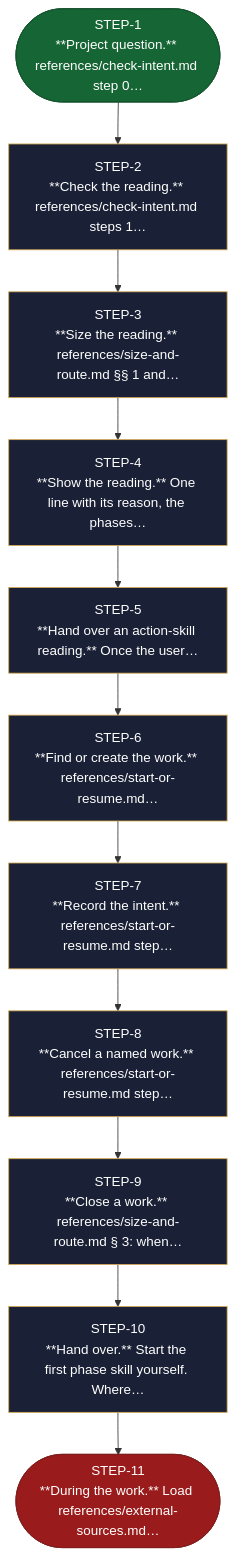
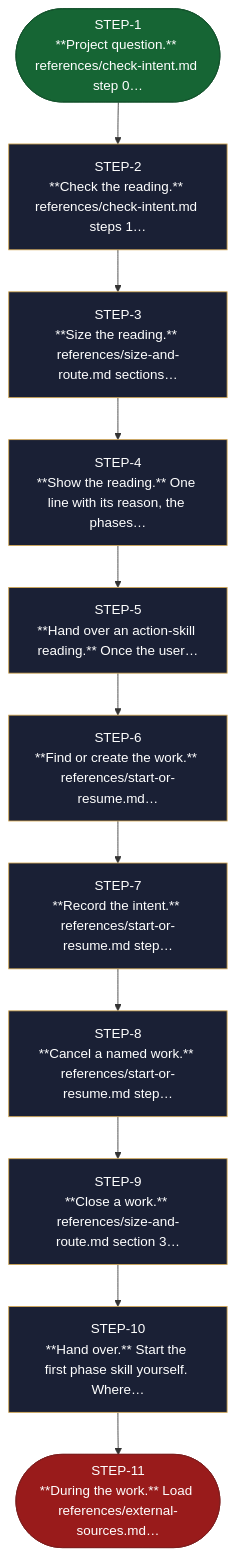
Before and after one commit to AndreVianna/aid-methodology: the diagram in site/src/content/docs/skills/aid-orchestrate.md, drawn with Mermaid. The commit also changed other lines of this file and 141 other files, not shown here.

````diff
--- a/site/src/content/docs/skills/aid-orchestrate.md
+++ b/site/src/content/docs/skills/aid-orchestrate.md
@@ -22,52 +22,52 @@
 ```mermaid
 flowchart TB
   classDef aidNode color:#fff
   classDef aidEntry fill:#166534,stroke:#14532d,color:#fff
   classDef aidExit fill:#991b1b,stroke:#7f1d1d,color:#fff
   classDef aidDecision fill:#92400e,stroke:#78350f,color:#fff
   classDef aidLoopBack fill:#1e3a8a,stroke:#1e3a8a,color:#fff
   classDef aidStep fill:#1a2035,stroke:#d4a853,color:#f1f5f9
   n1(["STEP-1<br/>**Project question.** references/check-intent.md step 0…"])
   n2["STEP-2<br/>**Check the reading.** references/check-intent.md steps 1…"]
-  n3["STEP-3<br/>**Size the reading.** references/size-and-route.md §§ 1 and…"]
+  n3["STEP-3<br/>**Size the reading.** references/size-and-route.md sections…"]
   n4["STEP-4<br/>**Show the reading.** One line with its reason, the phases…"]
   n5["STEP-5<br/>**Hand over an action-skill reading.** Once the user…"]
   n6["STEP-6<br/>**Find or create the work.** references/start-or-resume.md…"]
   n7["STEP-7<br/>**Record the intent.** references/start-or-resume.md step…"]
   n8["STEP-8<br/>**Cancel a named work.** references/start-or-resume.md step…"]
-  n9["STEP-9<br/>**Close a work.** references/size-and-route.md § 3: when…"]
+  n9["STEP-9<br/>**Close a work.** references/size-and-route.md section 3…"]
   n10["STEP-10<br/>**Hand over.** Start the first phase skill yourself. Where…"]
   n11(["STEP-11<br/>**During the work.** Load references/external-sources.md…"])
   n1 --> n2
   n2 --> n3
   n3 --> n4
   n4 --> n5
   n5 --> n6
   n6 --> n7
   n7 --> n8
   n8 --> n9
   n9 --> n10
   n10 --> n11
   class n1 aidEntry
   class n2 aidStep
   class n3 aidStep
   class n4 aidStep
   class n5 aidStep
   class n6 aidStep
   class n7 aidStep
   class n8 aidStep
   class n9 aidStep
   class n10 aidStep
   class n11 aidExit
   class n1 aidNode
   class n2 aidNode
   class n3 aidNode
   class n4 aidNode
   class n5 aidNode
   class n6 aidNode
   class n7 aidNode
   class n8 aidNode
   class n9 aidNode
   class n10 aidNode
   class n11 aidNode
 ```
````
